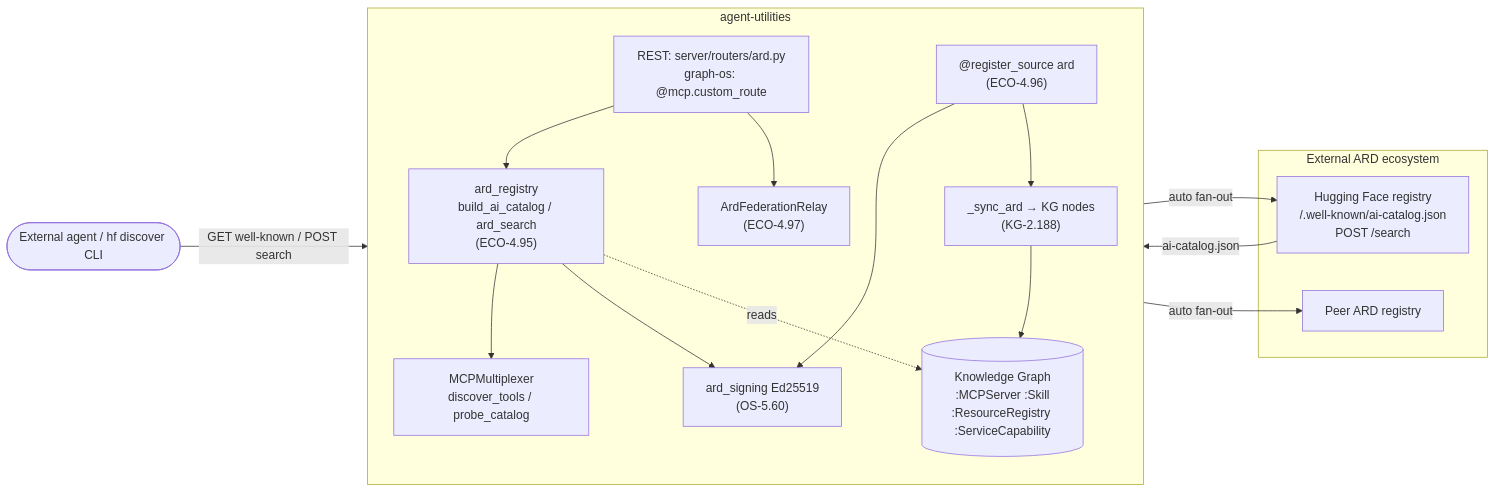
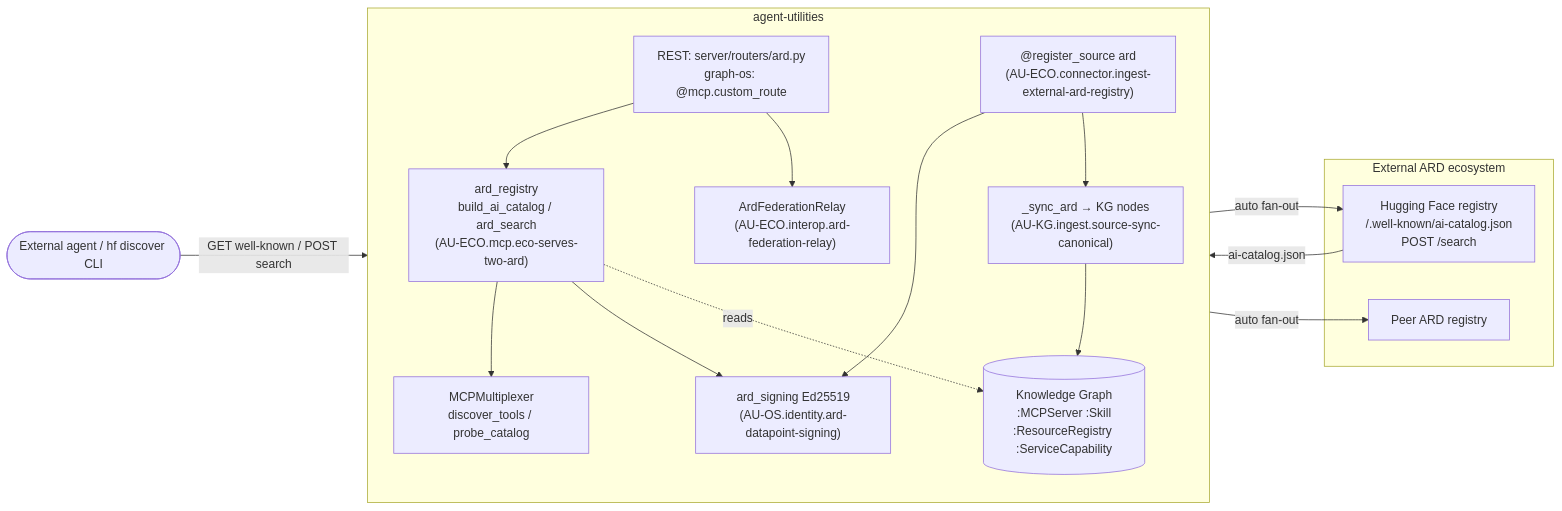
Before and after one commit to Knuckles-Team/agent-utilities: the diagram in docs/architecture/ard-interop.md, drawn with Mermaid. The commit also changed other lines of this file and 2324 other files, not shown here.

````diff
--- a/docs/architecture/ard-interop.md
+++ b/docs/architecture/ard-interop.md
@@ -68,32 +68,32 @@
 ```mermaid
 flowchart LR
   subgraph ext[External ARD ecosystem]
     HF["Hugging Face registry<br/>/.well-known/ai-catalog.json<br/>POST /search"]
     Peer["Peer ARD registry"]
   end
 
   subgraph au[agent-utilities]
     direction TB
-    R["ard_registry<br/>build_ai_catalog / ard_search<br/>(ECO-4.95)"]
-    F["ArdFederationRelay<br/>(ECO-4.97)"]
-    Sign["ard_signing Ed25519<br/>(OS-5.60)"]
+    R["ard_registry<br/>build_ai_catalog / ard_search<br/>(AU-ECO.mcp.eco-serves-two-ard)"]
+    F["ArdFederationRelay<br/>(AU-ECO.interop.ard-federation-relay)"]
+    Sign["ard_signing Ed25519<br/>(AU-OS.identity.ard-datapoint-signing)"]
     Mux["MCPMultiplexer<br/>discover_tools / probe_catalog"]
-    Conn["@register_source ard<br/>(ECO-4.96)"]
-    Sync["_sync_ard → KG nodes<br/>(KG-2.188)"]
+    Conn["@register_source ard<br/>(AU-ECO.connector.ingest-external-ard-registry)"]
+    Sync["_sync_ard → KG nodes<br/>(AU-KG.ingest.source-sync-canonical)"]
     KG[("Knowledge Graph<br/>:MCPServer :Skill<br/>:ResourceRegistry :ServiceCapability")]
     Routes["REST: server/routers/ard.py<br/>graph-os: @mcp.custom_route"]
   end
 
   Agent(["External agent / hf discover CLI"]) -->|GET well-known / POST search| Routes
   Routes --> R
   Routes --> F
   R --> Mux
   R --> Sign
   F -->|auto fan-out| HF
   F -->|auto fan-out| Peer
 
   HF -->|ai-catalog.json| Conn
   Conn --> Sign
   Conn --> Sync --> KG
   R -.reads.-> KG
 ```
````
